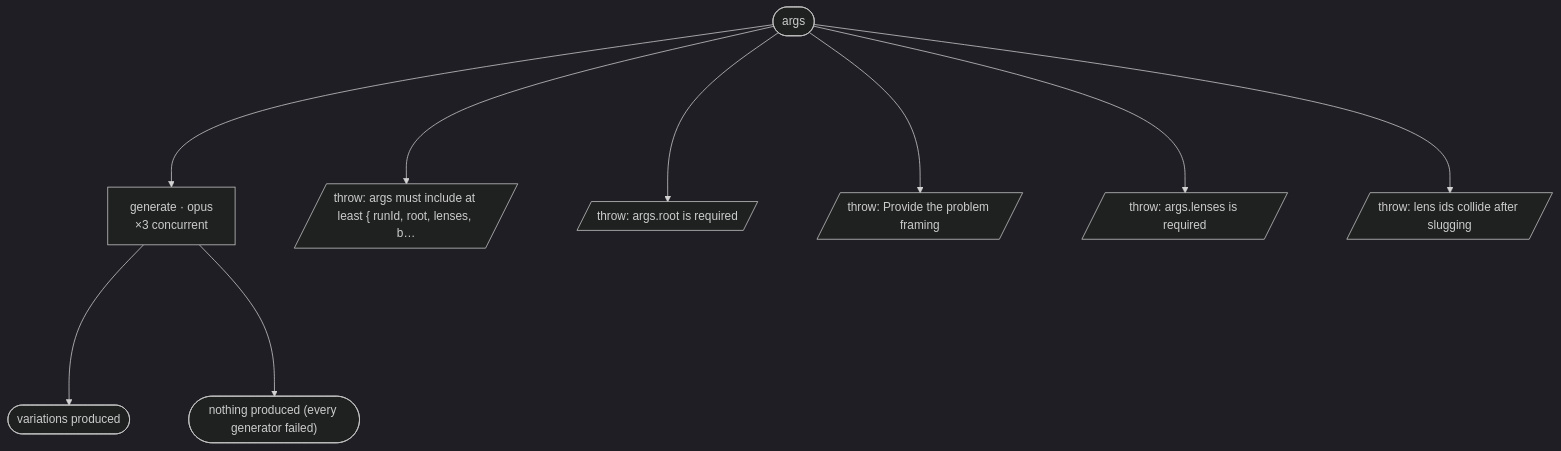
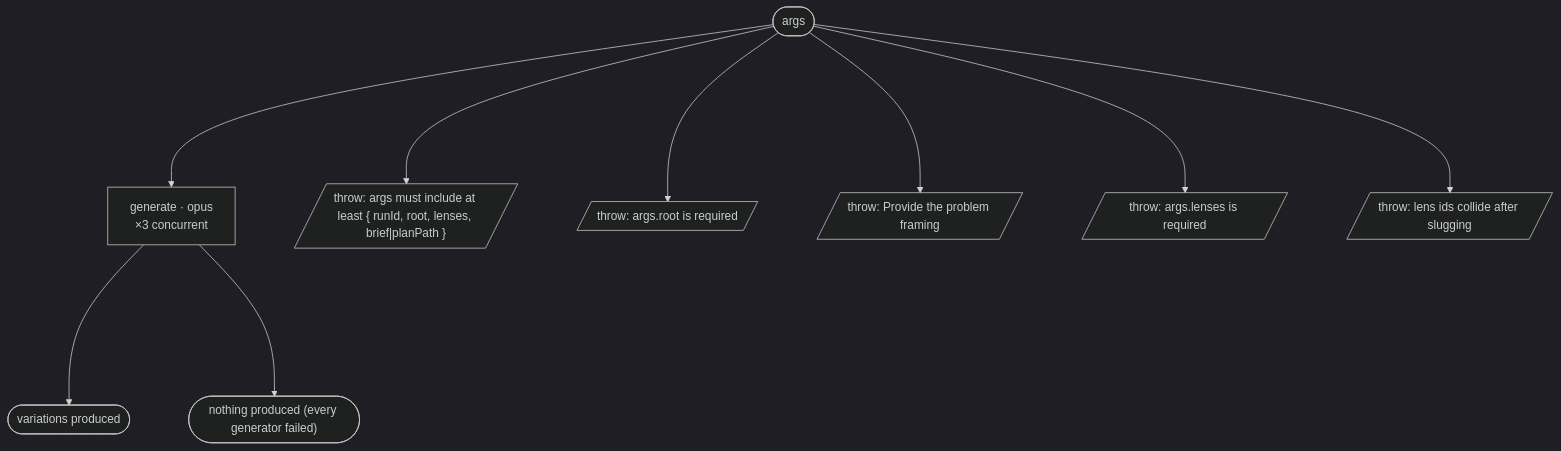
One commit to Blakeem/aipromptguide-workflows changed the diagram in workflows/brainstorm/FLOW.md. Above: the diagram before and after it, drawn with Mermaid (dark theme). The commit also changed other lines of this file and 11 other files, not shown here.

Commit message:
cleaned up flow files for display on website

````diff
--- a/workflows/brainstorm/FLOW.md
+++ b/workflows/brainstorm/FLOW.md
@@ -8,21 +8,21 @@
 ```mermaid
 %%{init: {"flowchart": {"nodeSpacing": 80, "rankSpacing": 200}}}%%
 flowchart TD
   S0(["args"])
   a1["generate · opus<br/>×3 concurrent"]
   t1(["variations produced"])
   t2(["nothing produced (every generator failed)"])
-  x1[/"throw: args must include at least { runId, root, lenses, b…"/]
+  x1[/"throw: args must include at least { runId, root, lenses, brief#124;planPath }"/]
   x2[/"throw: args.root is required"/]
   x3[/"throw: Provide the problem framing"/]
   x4[/"throw: args.lenses is required"/]
   x5[/"throw: lens ids collide after slugging"/]
   S0 --> a1
   S0 --> x1
   S0 --> x2
   S0 --> x3
   S0 --> x4
   S0 --> x5
   a1 --> t1
   a1 --> t2
 ```
````
